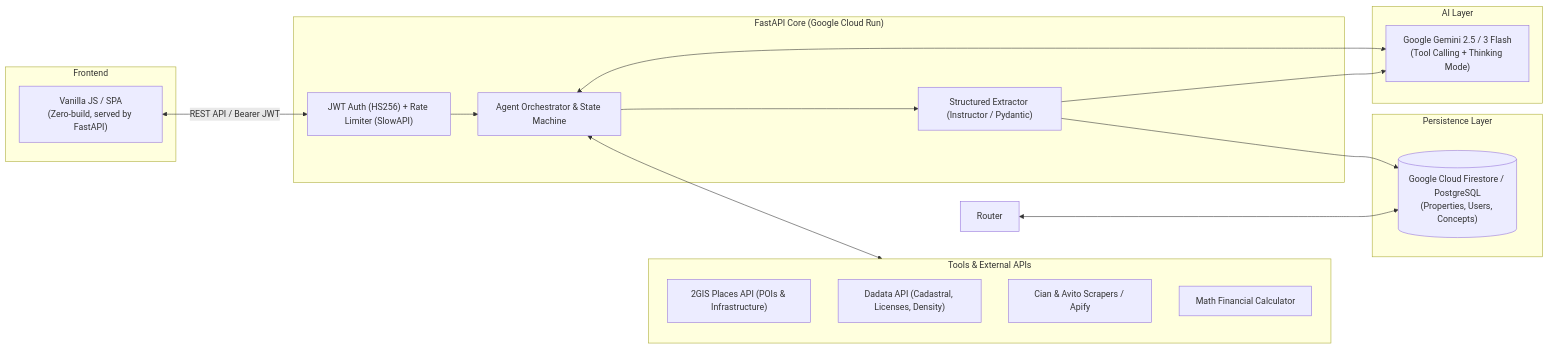
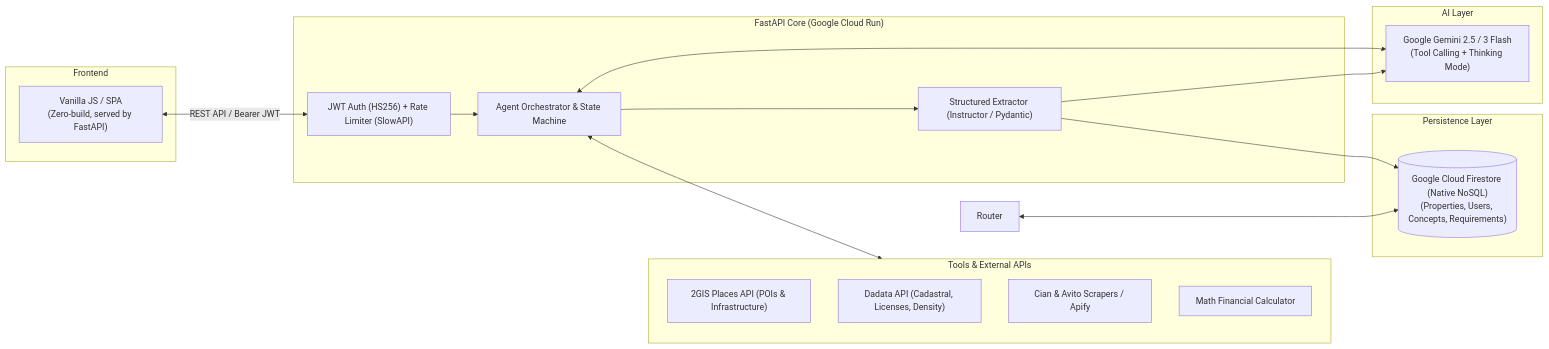
Before and after one commit to Creeepling/neks_agents: the diagram in README.md, drawn with Mermaid. The commit also changed 1 other file, not shown here.

Commit message:
docs: remove deprecated PostgreSQL references in favor of Firestore Native

````diff
--- a/README.md
+++ b/README.md
@@ -43,36 +43,36 @@
 ```mermaid
 flowchart LR
     subgraph Client ["Frontend"]
         UI["Vanilla JS / SPA\n(Zero-build, served by FastAPI)"]
     end
 
     subgraph CoreBackend ["FastAPI Core (Google Cloud Run)"]
         Auth["JWT Auth (HS256) + Rate Limiter (SlowAPI)"]
         Orchestrator["Agent Orchestrator & State Machine"]
         Extractor["Structured Extractor (Instructor / Pydantic)"]
     end
 
     subgraph AILayer ["AI Layer"]
         Gemini["Google Gemini 2.5 / 3 Flash\n(Tool Calling + Thinking Mode)"]
     end
 
     subgraph DataIntegrations ["Tools & External APIs"]
         Geo["2GIS Places API (POIs & Infrastructure)"]
         Dadata["Dadata API (Cadastral, Licenses, Density)"]
         Scrapers["Cian & Avito Scrapers / Apify"]
         FinCalc["Math Financial Calculator"]
     end
 
     subgraph Storage ["Persistence Layer"]
-        DB[("Google Cloud Firestore / PostgreSQL\n(Properties, Users, Concepts)")]
+        DB[("Google Cloud Firestore (Native NoSQL)\n(Properties, Users, Concepts, Requirements)")]
     end
 
     UI <-->|REST API / Bearer JWT| Auth
     Auth --> Orchestrator
     Orchestrator <--> Gemini
     Orchestrator <--> DataIntegrations
     Orchestrator --> Extractor
     Extractor --> Gemini
     Extractor --> DB
     Router <--> DB
 ```
````
